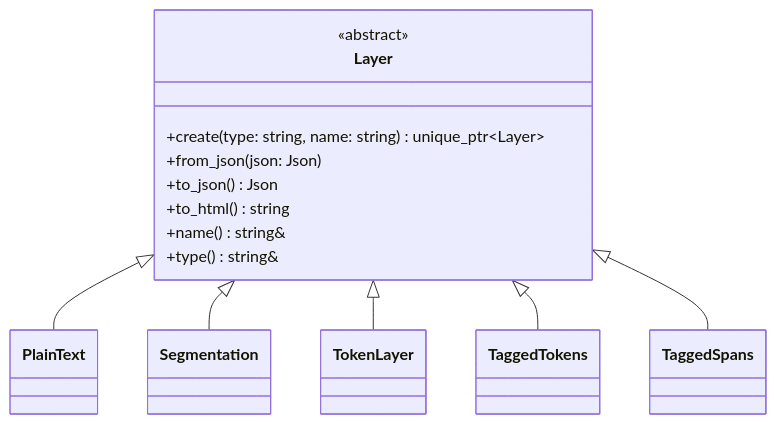
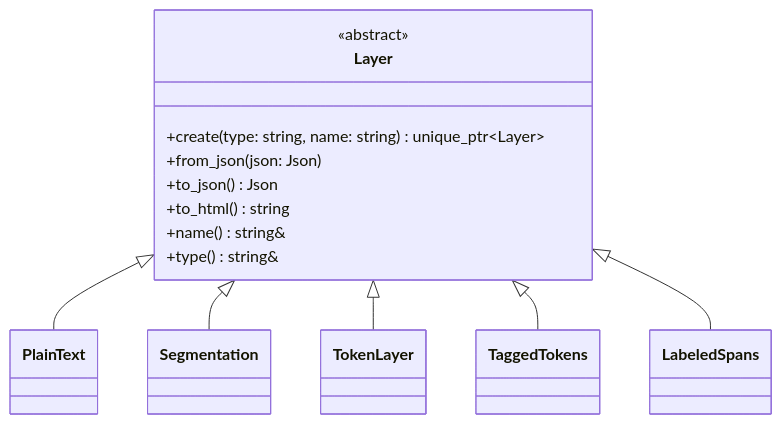
The second of 8 diagrams in docs/src/dev/architecture.md (ufal/linpipe), drawn with Mermaid before and after one commit. The commit also changed other lines of this file, not shown here.

Commit message:
Renamed TaggedSpans -> LabeledSpans per discussion.

````diff
--- a/docs/src/dev/architecture.md
+++ b/docs/src/dev/architecture.md
@@ -60,24 +60,24 @@
 ```mermaid
 classDiagram
     class Layer {
         <<abstract>>
         +create(type: string, name: string) unique_ptr~Layer~
         +from_json(json: Json)
         +to_json() Json
         +to_html() string
         +name() string&
         +type() string&
     }
 
     class PlainText
     class Segmentation
     class TokenLayer
     class TaggedTokens
-    class TaggedSpans
+    class LabeledSpans
 
     Layer <|-- PlainText
     Layer <|-- Segmentation
     Layer <|-- TokenLayer
     Layer <|-- TaggedTokens
-    Layer <|-- TaggedSpans
+    Layer <|-- LabeledSpans
 ```
````
